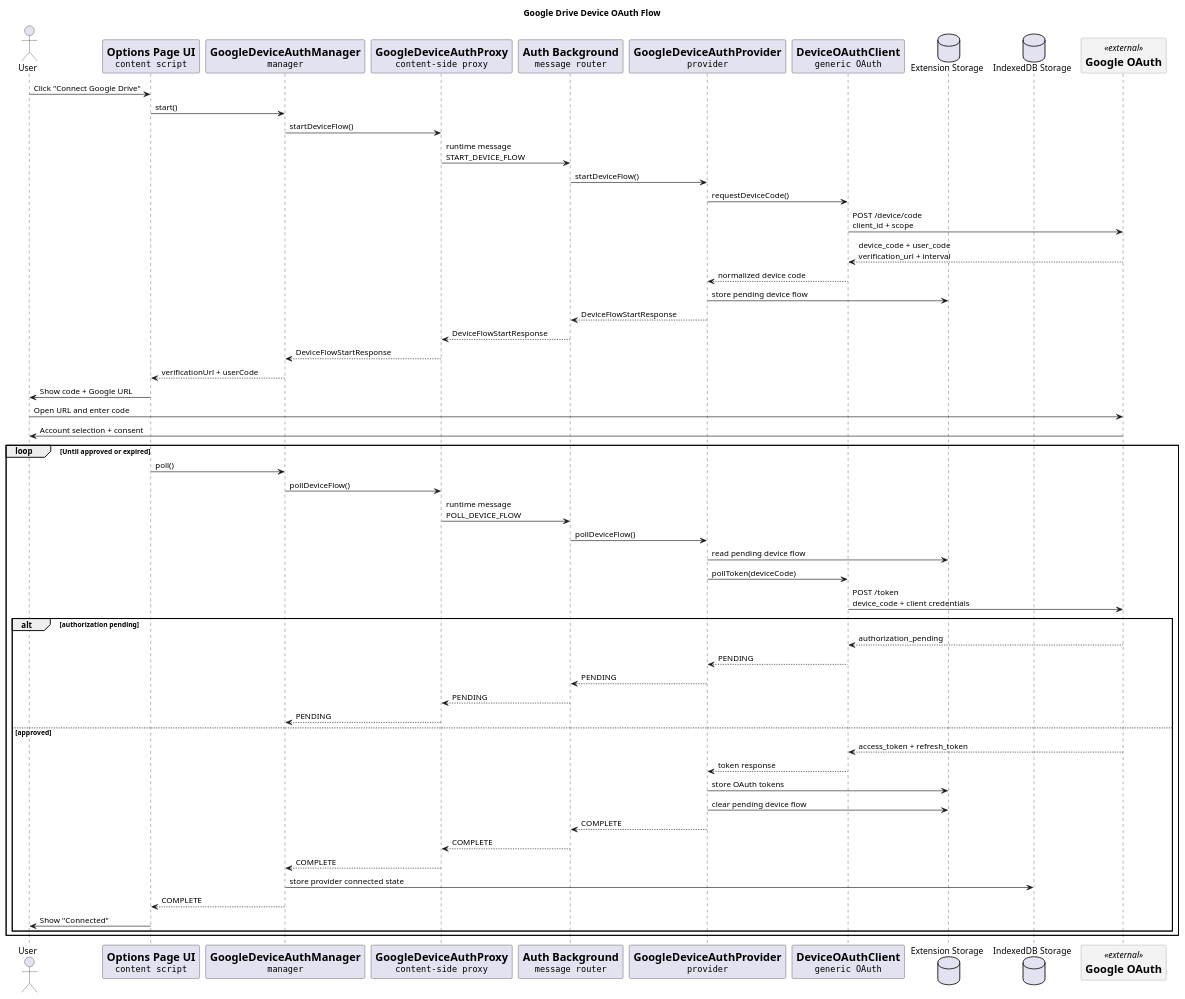
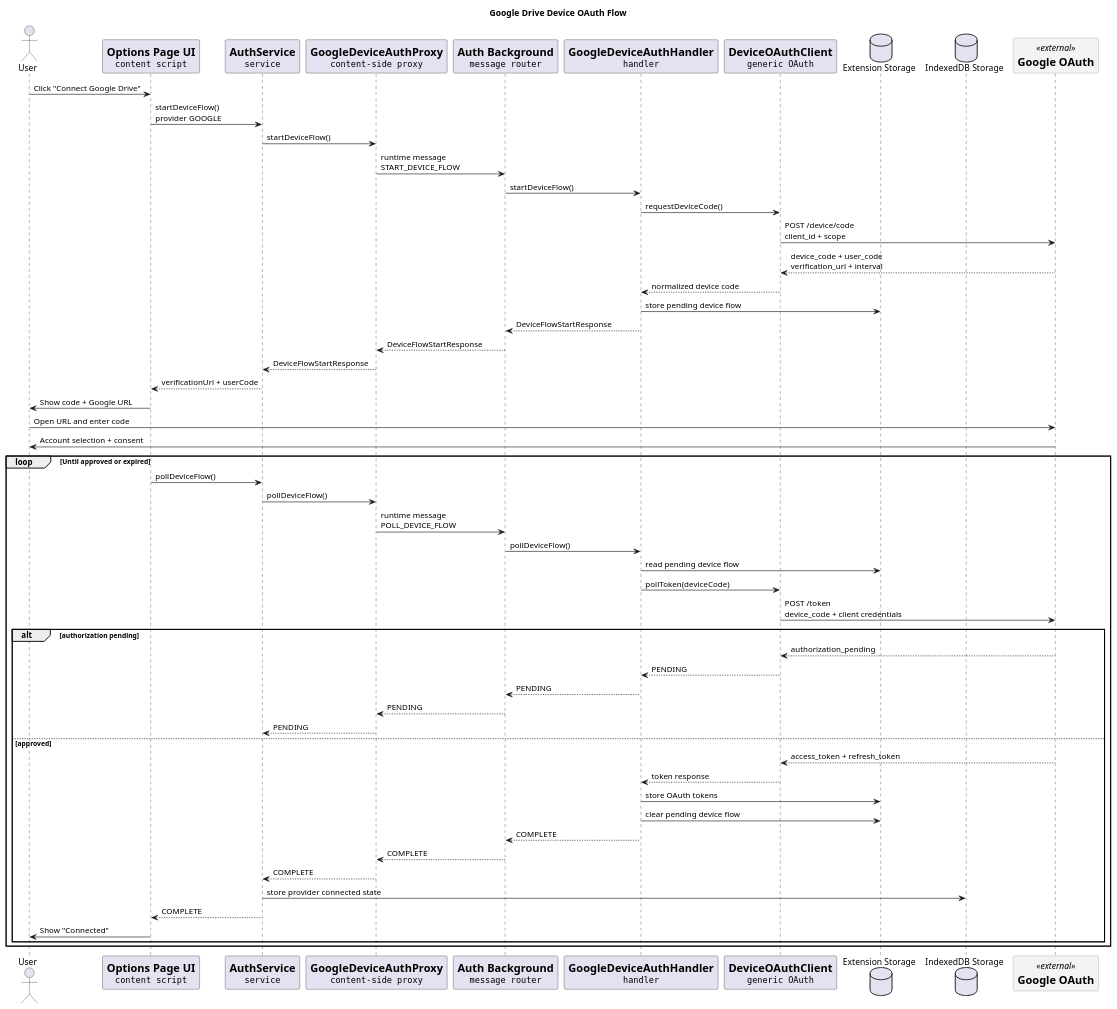
The diagram in src/services/auth/diagrams/device-flow-sequence.puml (0nis/ao3-read-tracker), drawn with PlantUML before and after one commit. The commit also changed 17 other files, not shown here.

First line of the commit message:
Auth generic service instead of manager

```diff
--- a/src/services/auth/diagrams/device-flow-sequence.puml
+++ b/src/services/auth/diagrams/device-flow-sequence.puml
@@ -1,88 +1,88 @@
 @startuml Google Drive Device OAuth Flow
 title Google Drive Device OAuth Flow
 
 skinparam participant<<external>> {
     BackgroundColor #F3F3F3
     BorderColor #888888
 }
 
 actor User
 participant UI [
     =Options Page UI
     ""content script""
 ]
-participant Manager [
-    =GoogleDeviceAuthManager
-    ""manager""
+participant Service [
+    =AuthService
+    ""service""
 ]
 participant Proxy [
     =GoogleDeviceAuthProxy
     ""content-side proxy""
 ]
 participant BG [
     =Auth Background
     ""message router""
 ]
-participant Provider [
-    =GoogleDeviceAuthProvider
-    ""provider""
+participant Handler [
+    =GoogleDeviceAuthHandler
+    ""handler""
 ]
 participant Client [
     =DeviceOAuthClient
     ""generic OAuth""
 ]
 database "Extension Storage" as ExtStorage
 database "IndexedDB Storage" as Storage
 
 participant Google <<external>> [
     =Google OAuth
 ]
 
 User -> UI: Click "Connect Google Drive"
-UI -> Manager: start()
-Manager -> Proxy: startDeviceFlow()
+UI -> Service: startDeviceFlow()\nprovider GOOGLE
+Service -> Proxy: startDeviceFlow()
 Proxy -> BG: runtime message\nSTART_DEVICE_FLOW
-BG -> Provider: startDeviceFlow()
-Provider -> Client: requestDeviceCode()
+BG -> Handler: startDeviceFlow()
+Handler -> Client: requestDeviceCode()
 Client -> Google: POST /device/code\nclient_id + scope
 Google --> Client: device_code + user_code\nverification_url + interval
-Client --> Provider: normalized device code
-Provider -> ExtStorage: store pending device flow
-Provider --> BG: DeviceFlowStartResponse
+Client --> Handler: normalized device code
+Handler -> ExtStorage: store pending device flow
+Handler --> BG: DeviceFlowStartResponse
 BG --> Proxy: DeviceFlowStartResponse
-Proxy --> Manager: DeviceFlowStartResponse
-Manager --> UI: verificationUrl + userCode
+Proxy --> Service: DeviceFlowStartResponse
+Service --> UI: verificationUrl + userCode
 
 UI -> User: Show code + Google URL
 User -> Google: Open URL and enter code
 Google -> User: Account selection + consent
 
 loop Until approved or expired
-  UI -> Manager: poll()
-  Manager -> Proxy: pollDeviceFlow()
+  UI -> Service: pollDeviceFlow()
+  Service -> Proxy: pollDeviceFlow()
   Proxy -> BG: runtime message\nPOLL_DEVICE_FLOW
-  BG -> Provider: pollDeviceFlow()
-  Provider -> ExtStorage: read pending device flow
-  Provider -> Client: pollToken(deviceCode)
+  BG -> Handler: pollDeviceFlow()
+  Handler -> ExtStorage: read pending device flow
+  Handler -> Client: pollToken(deviceCode)
   Client -> Google: POST /token\ndevice_code + client credentials
   alt authorization pending
     Google --> Client: authorization_pending
-    Client --> Provider: PENDING
-    Provider --> BG: PENDING
+    Client --> Handler: PENDING
+    Handler --> BG: PENDING
     BG --> Proxy: PENDING
-    Proxy --> Manager: PENDING
+    Proxy --> Service: PENDING
   else approved
     Google --> Client: access_token + refresh_token
-    Client --> Provider: token response
-    Provider -> ExtStorage: store OAuth tokens
-    Provider -> ExtStorage: clear pending device flow
-    Provider --> BG: COMPLETE
+    Client --> Handler: token response
+    Handler -> ExtStorage: store OAuth tokens
+    Handler -> ExtStorage: clear pending device flow
+    Handler --> BG: COMPLETE
     BG --> Proxy: COMPLETE
-    Proxy --> Manager: COMPLETE
-    Manager -> Storage: store provider connected state
-    Manager --> UI: COMPLETE
+    Proxy --> Service: COMPLETE
+    Service -> Storage: store provider connected state
+    Service --> UI: COMPLETE
     UI -> User: Show "Connected"
   end
 end
 
 @enduml
```
